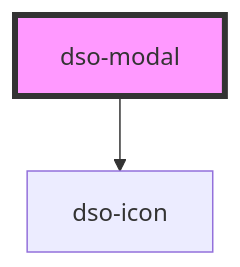
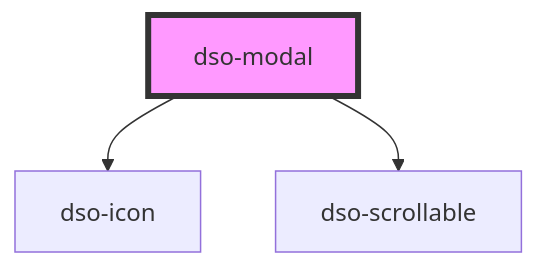
Before and after one commit to dso-toolkit/dso-toolkit: the diagram in packages/core/src/components/modal/readme.md, drawn with Mermaid. The commit also changed other lines of this file and 4 other files, not shown here.

Commit message:
#2092 modal body in scrollable component

````diff
--- a/packages/core/src/components/modal/readme.md
+++ b/packages/core/src/components/modal/readme.md
@@ -160,5 +161,6 @@
 ```mermaid
 graph TD;
   dso-modal --> dso-icon
+  dso-modal --> dso-scrollable
   style dso-modal fill:#f9f,stroke:#333,stroke-width:4px
 ```
````
